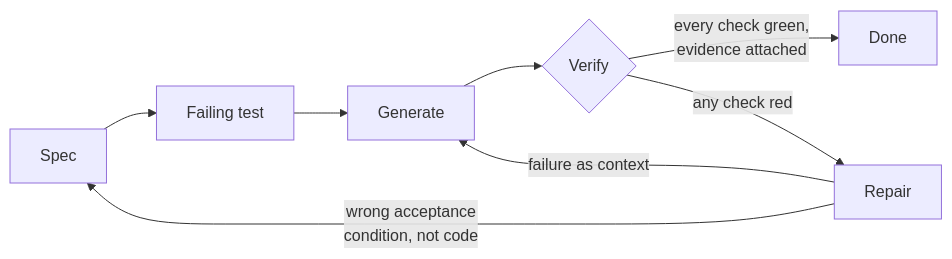
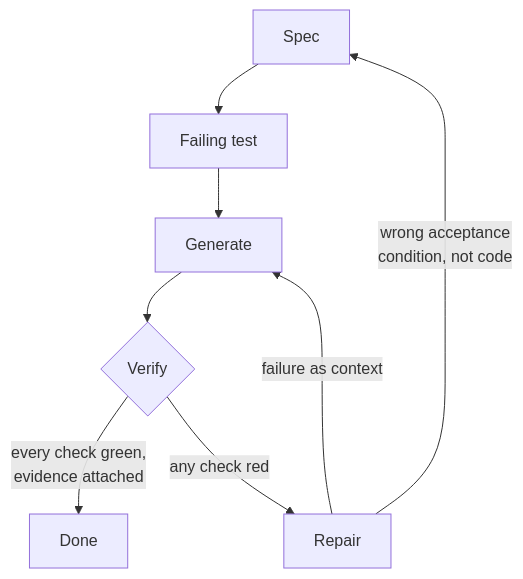
The diagram in README.md (Mo-Ko/Mo-Ko), drawn with Mermaid before and after one commit.

Commit message:
Stand the build loop upright

````diff
--- a/README.md
+++ b/README.md
@@ -17,8 +17,10 @@
 ```mermaid
-flowchart LR
-    S[Spec] --> T[Failing test] --> G[Generate] --> V{Verify}
+flowchart TD
+    S[Spec] --> T[Failing test]
+    T --> G[Generate]
+    G --> V{Verify}
     V -->|every check green,<br>evidence attached| D[Done]
     V -->|any check red| R[Repair]
     R -->|failure as context| G
     R -->|wrong acceptance<br>condition, not code| S
 ```
````
